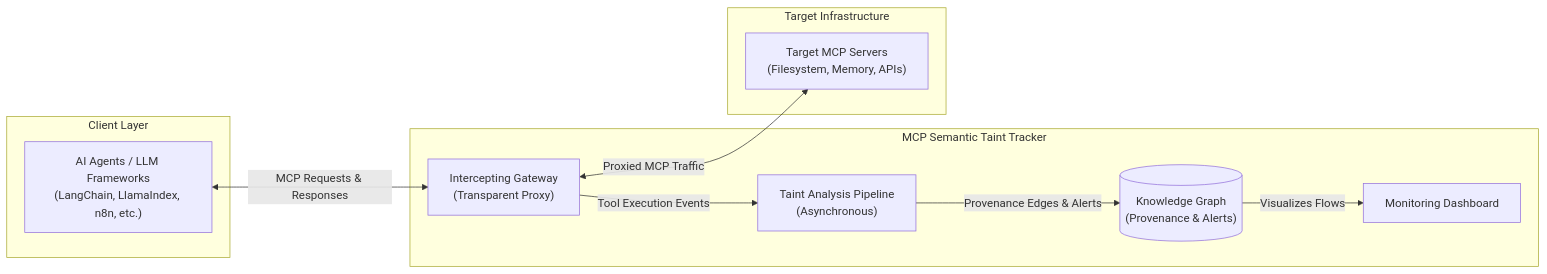
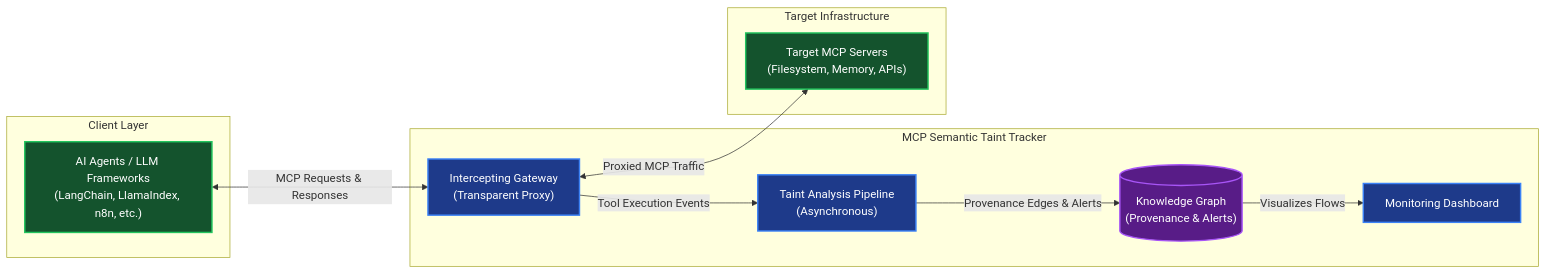
The first of 2 diagrams in README.md (ArcXzost/mcp-taint-tracker), drawn with Mermaid before and after one commit. The commit also changed other lines of this file, not shown here.

Commit message:
chore: Add high-contrast styling to Mermaid diagrams for dark/light mode compatibility

````diff
--- a/README.md
+++ b/README.md
@@ -61,23 +61,27 @@
 ```mermaid
 graph LR
+    classDef core fill:#1e3a8a,stroke:#3b82f6,stroke-width:2px,color:#ffffff
+    classDef ext fill:#14532d,stroke:#22c55e,stroke-width:2px,color:#ffffff
+    classDef db fill:#581c87,stroke:#a855f7,stroke-width:2px,color:#ffffff
+
     subgraph Clients["Client Layer"]
-        Agent["AI Agents / LLM Frameworks<br/>(LangChain, LlamaIndex, n8n, etc.)"]
+        Agent["AI Agents / LLM Frameworks<br/>(LangChain, LlamaIndex, n8n, etc.)"]:::ext
     end
 
     subgraph Core["MCP Semantic Taint Tracker"]
-        Gateway["Intercepting Gateway<br/>(Transparent Proxy)"]
-        AsyncPipeline["Taint Analysis Pipeline<br/>(Asynchronous)"]
-        GraphDB[("Knowledge Graph<br/>(Provenance & Alerts)")]
-        Dashboard["Monitoring Dashboard"]
+        Gateway["Intercepting Gateway<br/>(Transparent Proxy)"]:::core
+        AsyncPipeline["Taint Analysis Pipeline<br/>(Asynchronous)"]:::core
+        GraphDB[("Knowledge Graph<br/>(Provenance & Alerts)")]:::db
+        Dashboard["Monitoring Dashboard"]:::core
     end
 
     subgraph Targets["Target Infrastructure"]
-        MCPServers["Target MCP Servers<br/>(Filesystem, Memory, APIs)"]
+        MCPServers["Target MCP Servers<br/>(Filesystem, Memory, APIs)"]:::ext
     end
 
     Agent <-->|MCP Requests & Responses| Gateway
     Gateway <-->|Proxied MCP Traffic| MCPServers
     Gateway -->|Tool Execution Events| AsyncPipeline
     AsyncPipeline -->|Provenance Edges & Alerts| GraphDB
     GraphDB -->|Visualizes Flows| Dashboard
 ```
````
